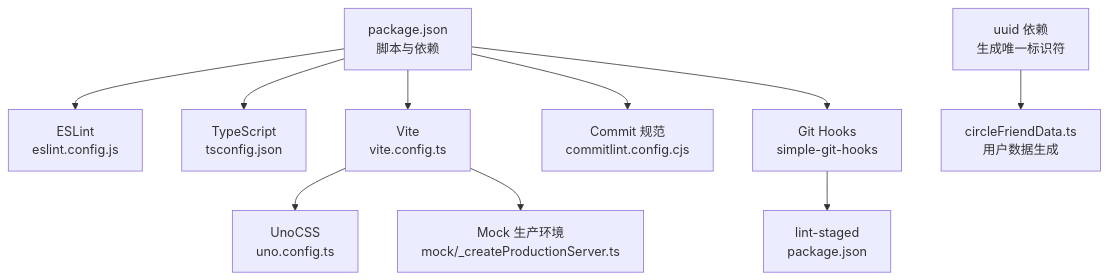
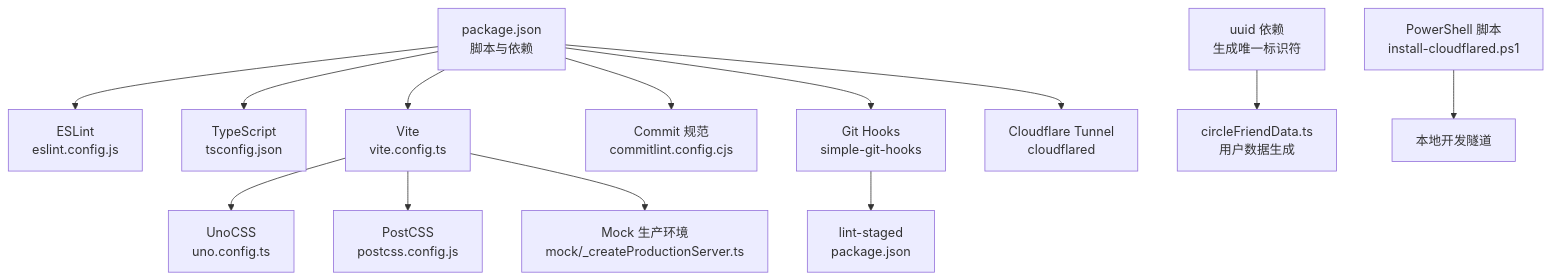
One commit to giserman001/vue3-vant4-mobile changed the first of 10 diagrams in .qoder/repowiki/zh/content/开发工具与规范/开发工具与规范.md. Above: the diagram before and after it, drawn with Mermaid. The commit also changed other lines of this file and 13 other files, not shown here.

````diff
--- a/.qoder/repowiki/zh/content/开发工具与规范/开发工具与规范.md
+++ b/.qoder/repowiki/zh/content/开发工具与规范/开发工具与规范.md
@@ -50,12 +53,15 @@
 ```mermaid
 graph TB
 A["package.json<br/>脚本与依赖"] --> B["ESLint<br/>eslint.config.js"]
 A --> C["TypeScript<br/>tsconfig.json"]
 A --> D["Vite<br/>vite.config.ts"]
 A --> E["Commit 规范<br/>commitlint.config.cjs"]
 A --> F["Git Hooks<br/>simple-git-hooks"]
-F --> G["lint-staged<br/>package.json"]
-D --> H["UnoCSS<br/>uno.config.ts"]
-D --> I["Mock 生产环境<br/>mock/_createProductionServer.ts"]
-J["uuid 依赖<br/>生成唯一标识符"] --> K["circleFriendData.ts<br/>用户数据生成"]
+A --> G["Cloudflare Tunnel<br/>cloudflared"]
+F --> H["lint-staged<br/>package.json"]
+D --> I["UnoCSS<br/>uno.config.ts"]
+D --> J["PostCSS<br/>postcss.config.js"]
+D --> K["Mock 生产环境<br/>mock/_createProductionServer.ts"]
+L["uuid 依赖<br/>生成唯一标识符"] --> M["circleFriendData.ts<br/>用户数据生成"]
+N["PowerShell 脚本<br/>install-cloudflared.ps1"] --> O["本地开发隧道"]
 ```
````
